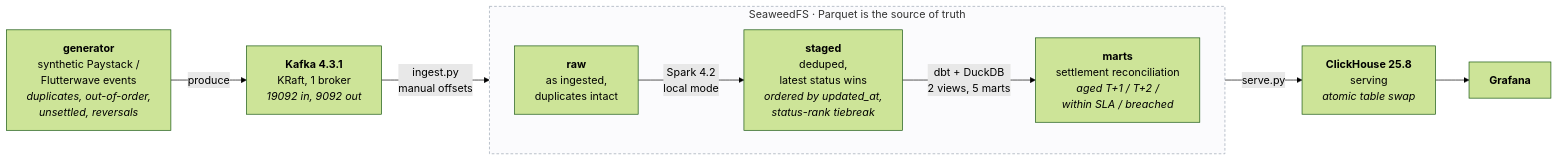
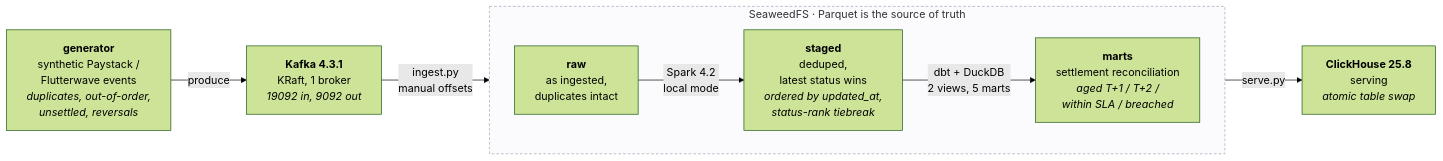
One commit to laurence702/payment-settlement-lakehouse changed the diagram in README.md. Above: the diagram before and after it, drawn with Mermaid (forest theme). The commit also changed other lines of this file and 14 other files, not shown here.

````diff
--- a/README.md
+++ b/README.md
@@ -19,25 +19,23 @@
 ```mermaid
 flowchart LR
     G["<b>generator</b><br/>synthetic Paystack /<br/>Flutterwave events<br/><i>duplicates, out-of-order,<br/>unsettled, reversals</i>"]
     K["<b>Kafka 4.3.1</b><br/>KRaft, 1 broker<br/><i>19092 in, 9092 out</i>"]
 
     subgraph LAKE["&nbsp;SeaweedFS &middot; Parquet is the source of truth&nbsp;"]
     direction LR
         R["<b>raw</b><br/>as ingested,<br/>duplicates intact"]
         S["<b>staged</b><br/>deduped,<br/>latest status wins<br/><i>ordered by updated_at,<br/>status-rank tiebreak</i>"]
         M["<b>marts</b><br/>settlement reconciliation<br/><i>aged T+1 / T+2 /<br/>within SLA / breached</i>"]
         R -->|"Spark 4.2<br/>local mode"| S
         S -->|"dbt + DuckDB<br/>2 views, 5 marts"| M
     end
 
     CH["<b>ClickHouse 25.8</b><br/>serving<br/><i>atomic table swap</i>"]
-    GR["<b>Grafana</b>"]
 
     G -->|produce| K
     K -->|"ingest.py<br/>manual offsets"| R
     M -->|serve.py| CH
-    CH --> GR
 
     classDef zone fill:#fbfbfd,stroke:#9aa4b2,stroke-dasharray:4 3
     class LAKE zone
 ```
````
